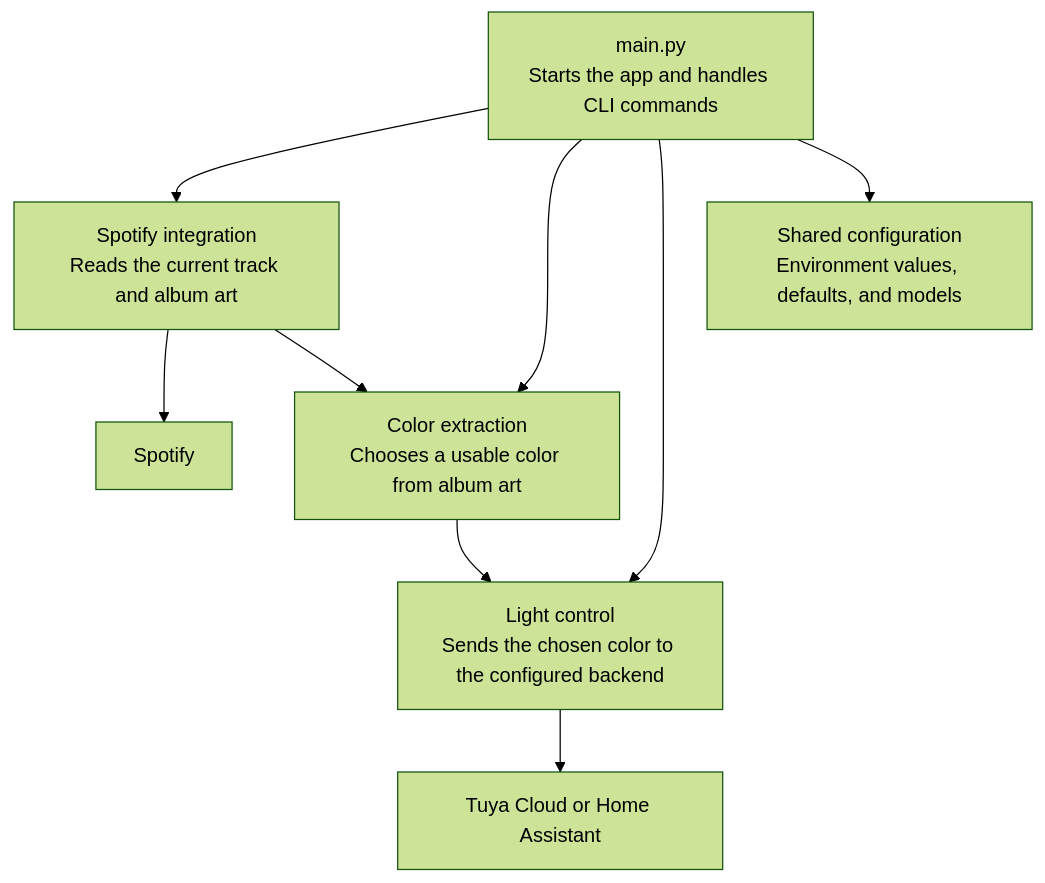
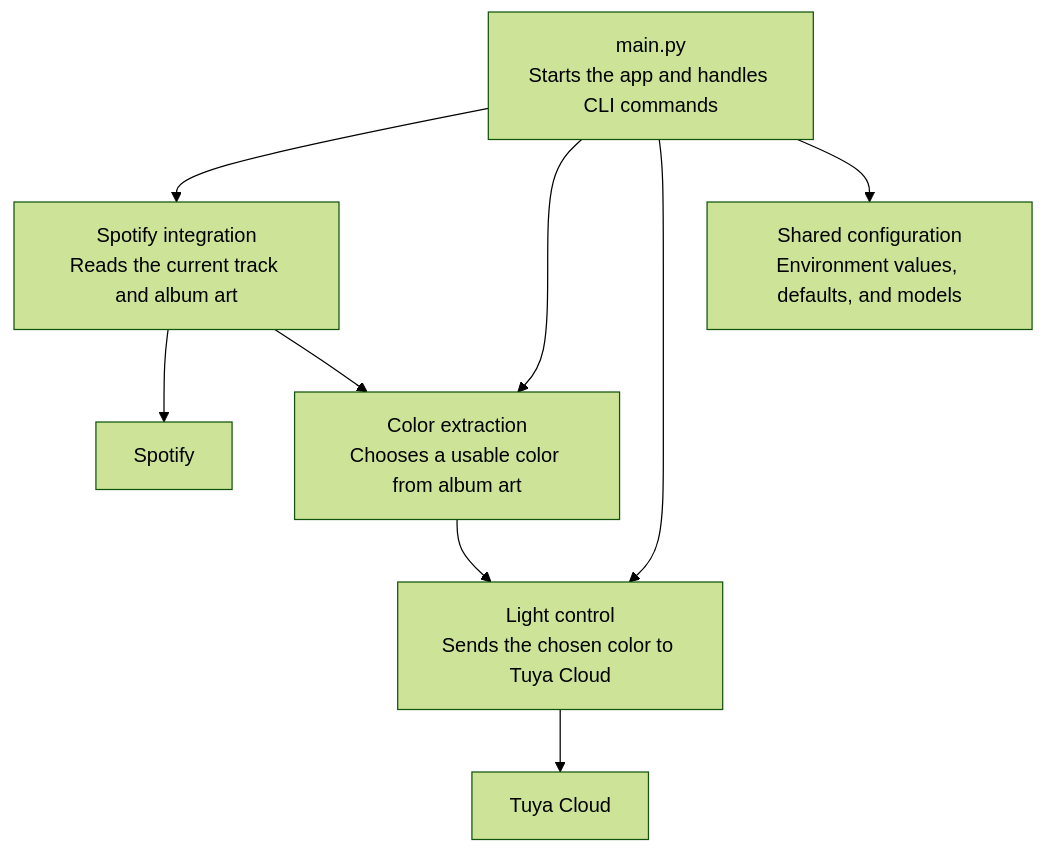
Before and after one commit to divyajeettt/lights: the diagram in README.md, drawn with Mermaid (forest theme). The commit also changed other lines of this file and 7 other files, not shown here.

Commit message:
Remove Home Assistant backend

````diff
--- a/README.md
+++ b/README.md
@@ -303,21 +298,21 @@
 ```mermaid
 flowchart TD
     main["main.py<br/>Starts the app and handles CLI commands"]
     spotify["Spotify integration<br/>Reads the current track and album art"]
     color["Color extraction<br/>Chooses a usable color from album art"]
-    light["Light control<br/>Sends the chosen color to the configured backend"]
+    light["Light control<br/>Sends the chosen color to Tuya Cloud"]
     config["Shared configuration<br/>Environment values, defaults, and models"]
 
     spotify_api["Spotify"]
-    backend["Tuya Cloud or Home Assistant"]
+    backend["Tuya Cloud"]
 
     main --> spotify
     main --> color
     main --> light
     main --> config
 
     spotify --> spotify_api
     spotify --> color
     color --> light
     light --> backend
 ```
````
